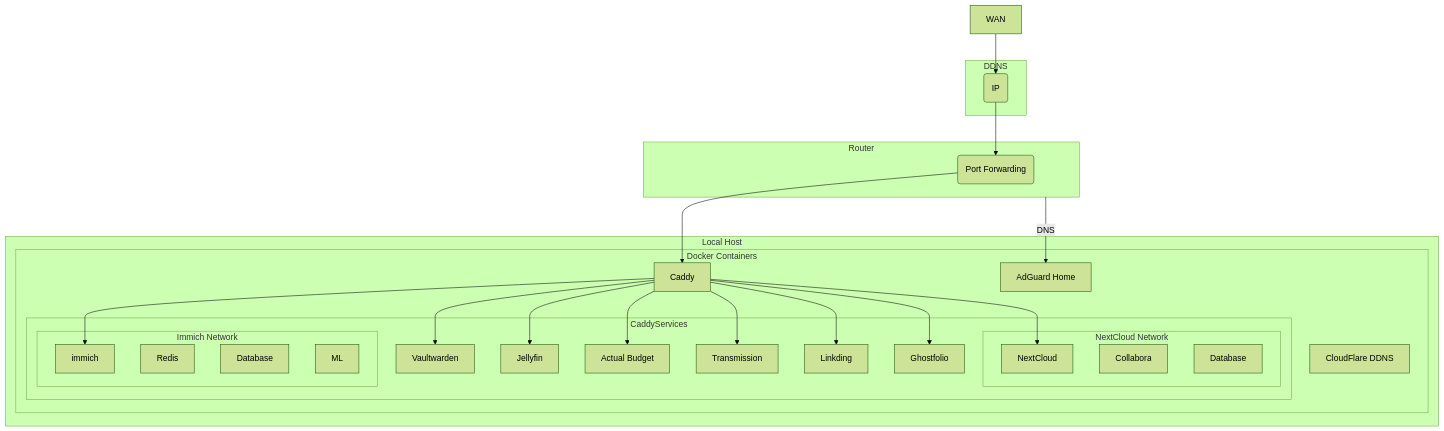
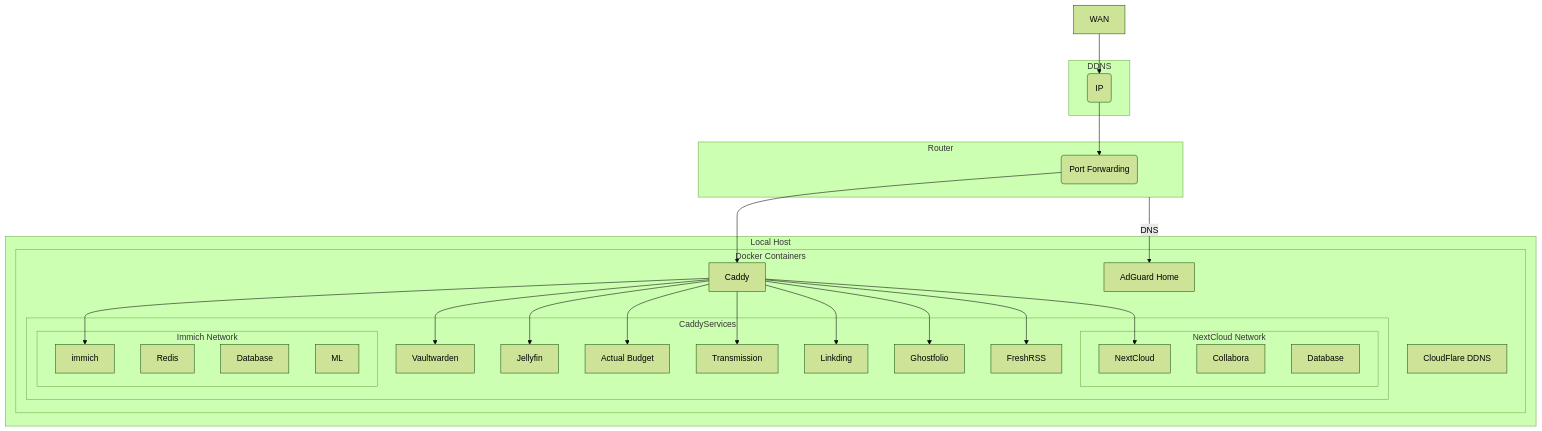
Before and after one commit to p-gentili/selfhosted-docker: the diagram in README.md, drawn with Mermaid (forest theme). The commit also changed 7 other files, not shown here.

Commit message:
Add: freshRSS

````diff
--- a/README.md
+++ b/README.md
@@ -1,49 +1,51 @@
 ```mermaid
 graph TD
   subgraph DDNS
     ddns(IP)
   end
   subgraph Router
     portForwarding(Port Forwarding)
   end
 
   subgraph Local Host
     subgraph Docker Containers
       caddy[Caddy]
       adguard-home[AdGuard Home]
       cloudflare-ddns[CloudFlare DDNS]
       subgraph CaddyServices
         vaultwarden[Vaultwarden]
         jellyfin[Jellyfin]
         actual[Actual Budget]
         transmission[Transmission]
         linkding[Linkding]
         ghostfolio[Ghostfolio]
+        freshrss[FreshRSS]
         subgraph NextCloud Network
             nextcloud[NextCloud]
             nextcloud-code[Collabora]
             nextcloud-db[Database]
         end
         subgraph Immich Network
             immich[immich]
             immich-redis[Redis]
             immich-db[Database]
             immich-ml[ML]
         end
       end
     end
   end
 
   WAN --> ddns
   ddns --> portForwarding
   portForwarding --> caddy
   Router --DNS--> adguard-home
   caddy --> vaultwarden
   caddy --> jellyfin
   caddy --> nextcloud
   caddy --> actual
   caddy --> immich
   caddy --> transmission
   caddy --> linkding
   caddy --> ghostfolio
+  caddy --> freshrss
 ```
````
